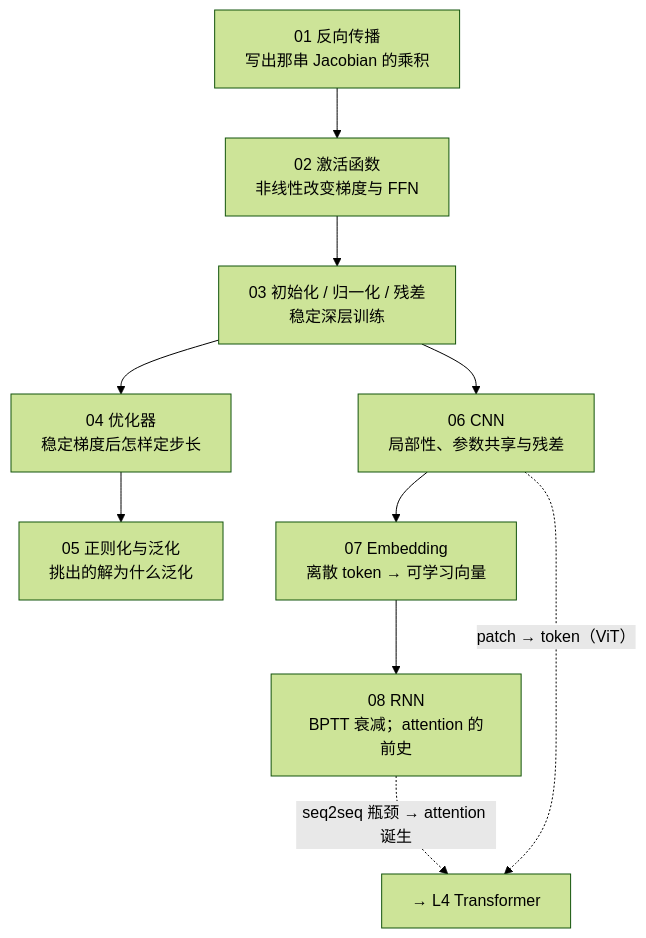
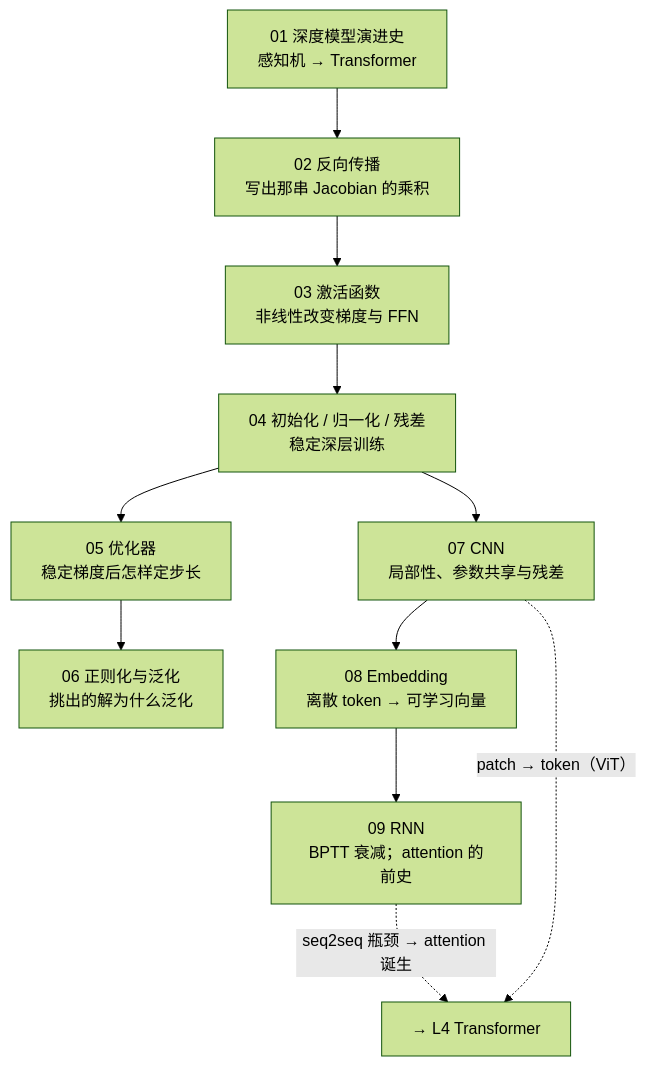
One commit to arganzheng/arganzheng.github.com changed the first of 2 diagrams in _posts/2026-03-29-deep-learning-foundations-series-recap-and-self-test.md. Above: the diagram before and after it, drawn with Mermaid (forest theme). The commit also changed other lines of this file and 21 other files, not shown here.

````diff
--- a/_posts/2026-03-29-deep-learning-foundations-series-recap-and-self-test.md
+++ b/_posts/2026-03-29-deep-learning-foundations-series-recap-and-self-test.md
@@ -19,15 +19,16 @@
 ```mermaid
 %%{init: {"flowchart": {"wrappingWidth": 190}}}%%
 %% 图：深度学习基础全景：写出梯度、看激活、稳定训练、定步长、看泛化，再走过卷积、表示与循环
 flowchart TB
-    D1["01 反向传播<br/>写出那串 Jacobian 的乘积"] --> D2["02 激活函数<br/>非线性改变梯度与 FFN"]
-    D2 --> D3["03 初始化 / 归一化 / 残差<br/>稳定深层训练"]
-    D3 --> D4["04 优化器<br/>稳定梯度后怎样定步长"]
-    D4 --> D5["05 正则化与泛化<br/>挑出的解为什么泛化"]
-    D3 --> D6["06 CNN<br/>局部性、参数共享与残差"]
-    D6 --> D7["07 Embedding<br/>离散 token → 可学习向量"]
-    D7 --> D8["08 RNN<br/>BPTT 衰减；attention 的前史"]
+    H["01 深度模型演进史<br/>感知机 → Transformer"] --> D1["02 反向传播<br/>写出那串 Jacobian 的乘积"]
+    D1 --> D2["03 激活函数<br/>非线性改变梯度与 FFN"]
+    D2 --> D3["04 初始化 / 归一化 / 残差<br/>稳定深层训练"]
+    D3 --> D4["05 优化器<br/>稳定梯度后怎样定步长"]
+    D4 --> D5["06 正则化与泛化<br/>挑出的解为什么泛化"]
+    D3 --> D6["07 CNN<br/>局部性、参数共享与残差"]
+    D6 --> D7["08 Embedding<br/>离散 token → 可学习向量"]
+    D7 --> D8["09 RNN<br/>BPTT 衰减；attention 的前史"]
     D8 -. "seq2seq 瓶颈 → attention 诞生" .-> T["→ L4 Transformer"]
     D6 -. "patch → token（ViT）" .-> T
 
 ```
````
